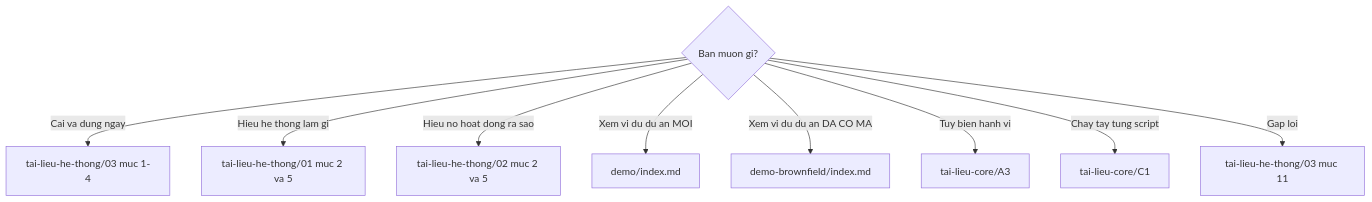
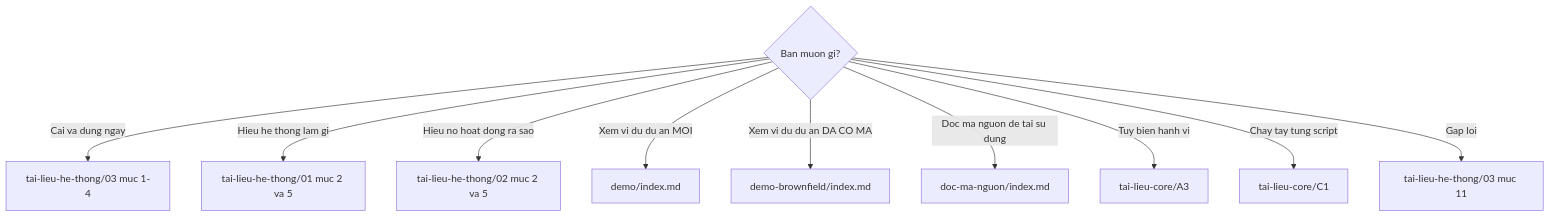
One commit to trannguyenthanhthao2024-art/bmad-method-v6 changed the diagram in README.md. Above: the diagram before and after it, drawn with Mermaid. The commit also changed other lines of this file and 8 other files, not shown here.

````diff
--- a/README.md
+++ b/README.md
@@ -69,12 +84,13 @@
 ```mermaid
 graph TB
   Q{Ban muon gi?}
   Q -->|Cai va dung ngay| V["tai-lieu-he-thong/03 muc 1-4"]
   Q -->|Hieu he thong lam gi| D["tai-lieu-he-thong/01 muc 2 va 5"]
   Q -->|Hieu no hoat dong ra sao| T["tai-lieu-he-thong/02 muc 2 va 5"]
   Q -->|Xem vi du du an MOI| DM["demo/index.md"]
   Q -->|Xem vi du du an DA CO MA| DB["demo-brownfield/index.md"]
+  Q -->|Doc ma nguon de tai su dung| MN["doc-ma-nguon/index.md"]
   Q -->|Tuy bien hanh vi| C["tai-lieu-core/A3"]
   Q -->|Chay tay tung script| M["tai-lieu-core/C1"]
   Q -->|Gap loi| E["tai-lieu-he-thong/03 muc 11"]
 ```
````
